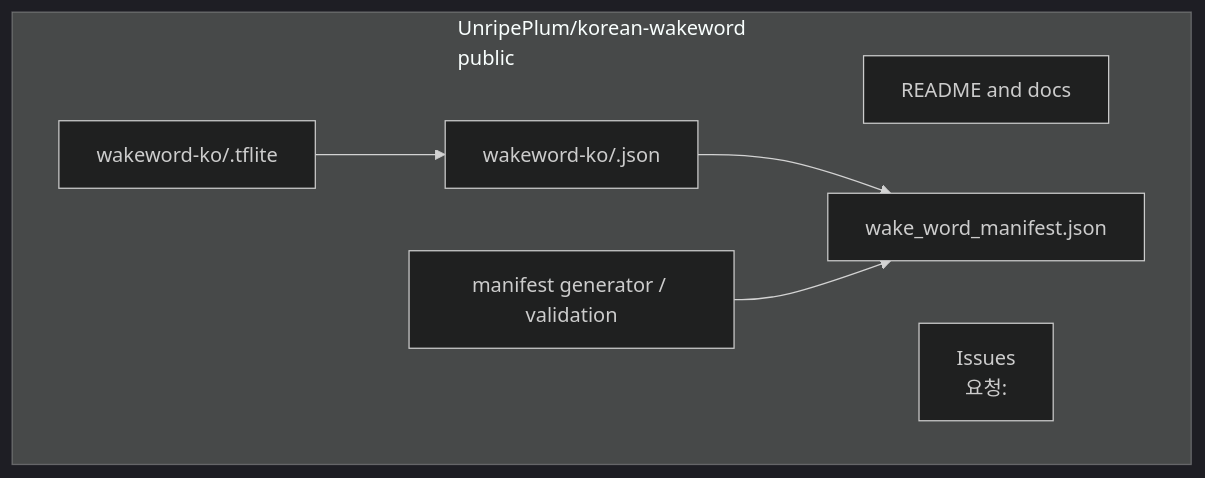
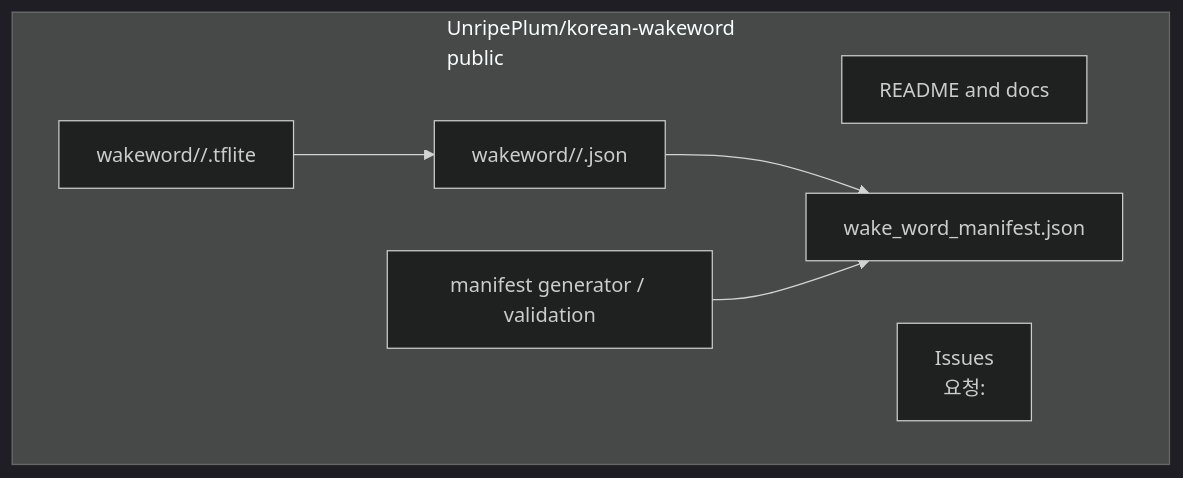
One commit to UnripePlum/korean-wakeword changed the second of 2 diagrams in docs/ARCHITECTURE.md. Above: the diagram before and after it, drawn with Mermaid (dark theme). The commit also changed other lines of this file and 3 other files, not shown here.

Commit message:
Use date-based wakeword artifact paths

````diff
--- a/docs/ARCHITECTURE.md
+++ b/docs/ARCHITECTURE.md
@@ -26,15 +26,15 @@
 ```mermaid
 flowchart TD
     subgraph PROD["UnripePlum/korean-wakeword<br/>public"]
         A["README and docs"]
         B["Issues<br/>요청: <wakeword>"]
-        C["wakeword-ko/<slug>.json"]
-        D["wakeword-ko/<slug>.tflite"]
+        C["wakeword/<date>/<slug>.json"]
+        D["wakeword/<date>/<slug>.tflite"]
         E["wake_word_manifest.json"]
         F["manifest generator / validation"]
     end
 
     C --> E
     D --> C
     F --> E
 ```
````
